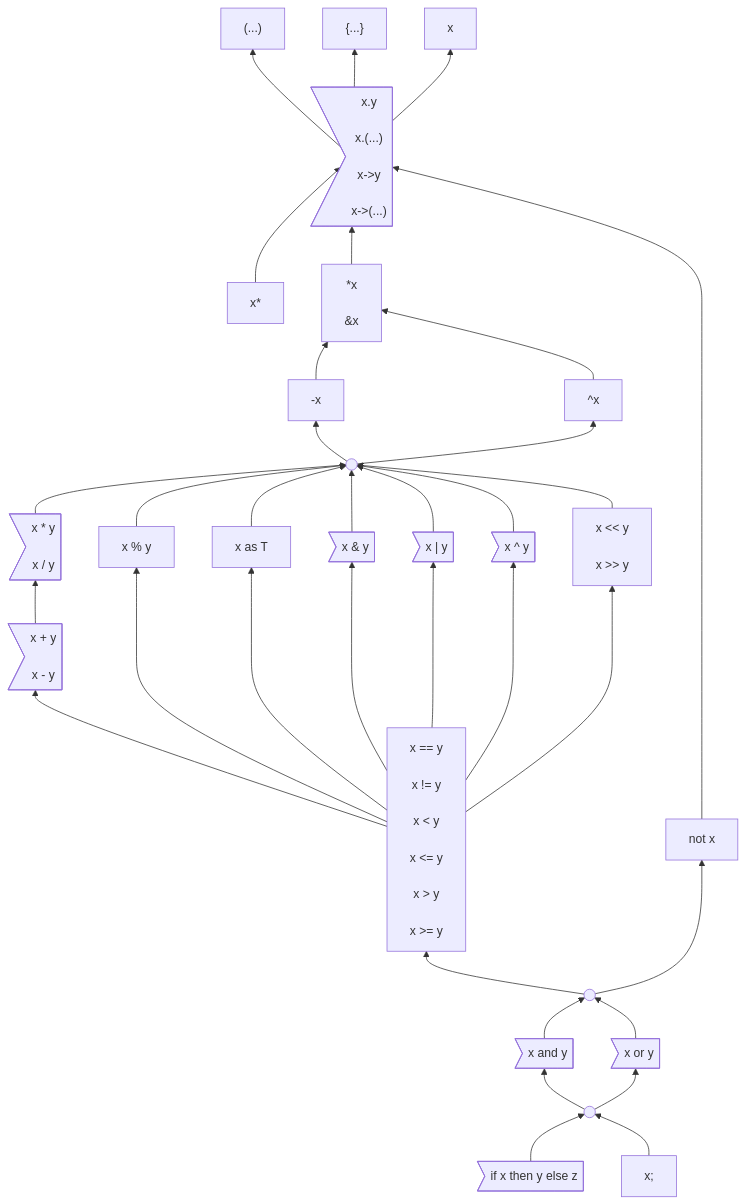
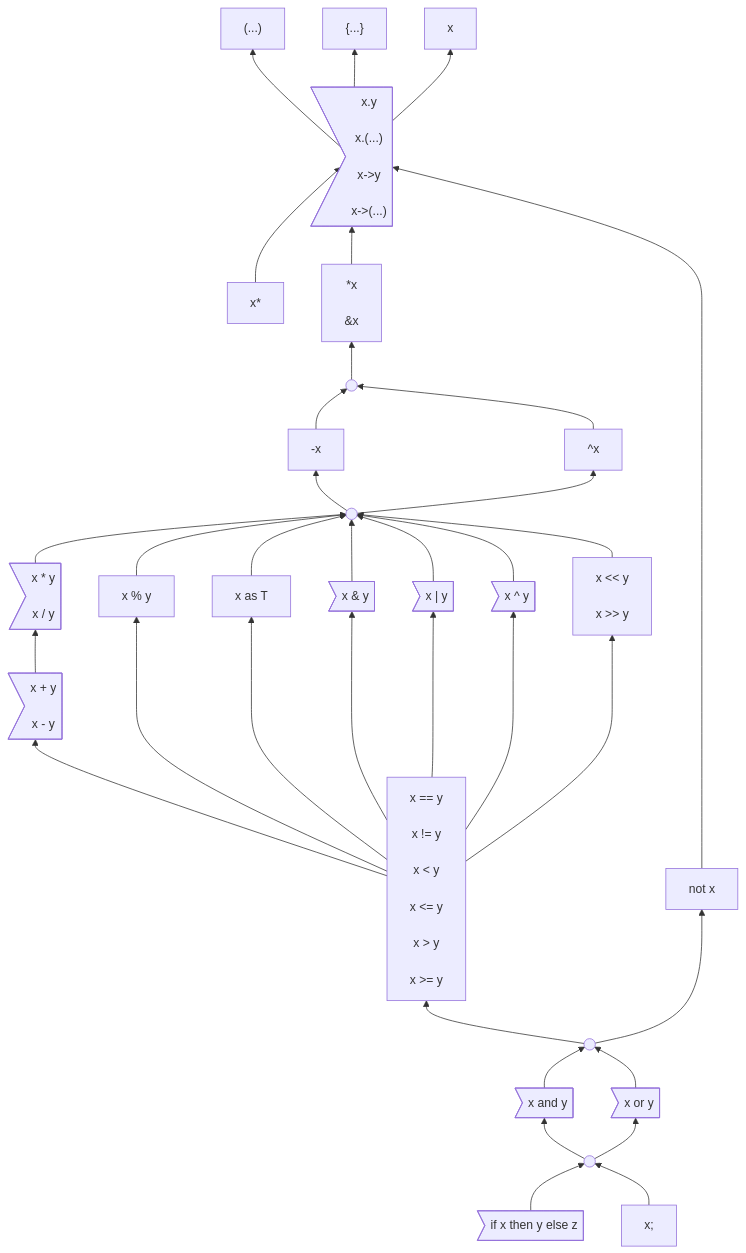
The first of 2 diagrams in docs/design/expressions/README.md (carbon-language/carbon-lang), drawn with Mermaid before and after one commit.

Commit message:
tweak the graph more

```diff
--- a/docs/design/expressions/README.md
+++ b/docs/design/expressions/README.md
@@ -73,6 +73,8 @@
     pointer["*x<br>
              &x<br>"]
     click pointer "https://github.com/carbon-language/carbon-lang/blob/trunk/docs/design/expressions/pointer.md"
+
+    pointerUnary((" "))
 
     negation["-x"]
     click negation "https://github.com/carbon-language/carbon-lang/blob/trunk/docs/design/expressions/arithmetic.md"
@@ -136,11 +138,12 @@
     memberAccess --> parens & braces & unqualifiedName
     pointerType --> memberAccess
     pointer --> memberAccess
-    negation --> pointer
-    complement --> pointer
+    pointerUnary --> pointer
+    negation --> pointerUnary
+    complement --> pointerUnary
     unary --> negation & complement
     %% Use a longer arrow here to put `not` next to `and` and `or`.
-    not -------> memberAccess
+    not --------> memberAccess
     multiplication & modulo & as & bitwise_and & bitwise_or & bitwise_xor & shift --> unary
     addition --> multiplication
     comparison --> modulo & addition & as & bitwise_and & bitwise_or & bitwise_xor & shift
```
